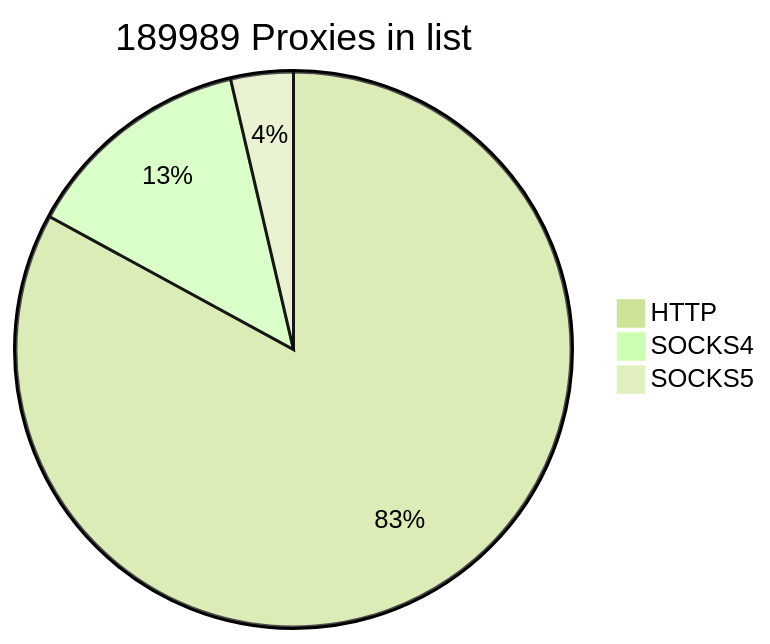
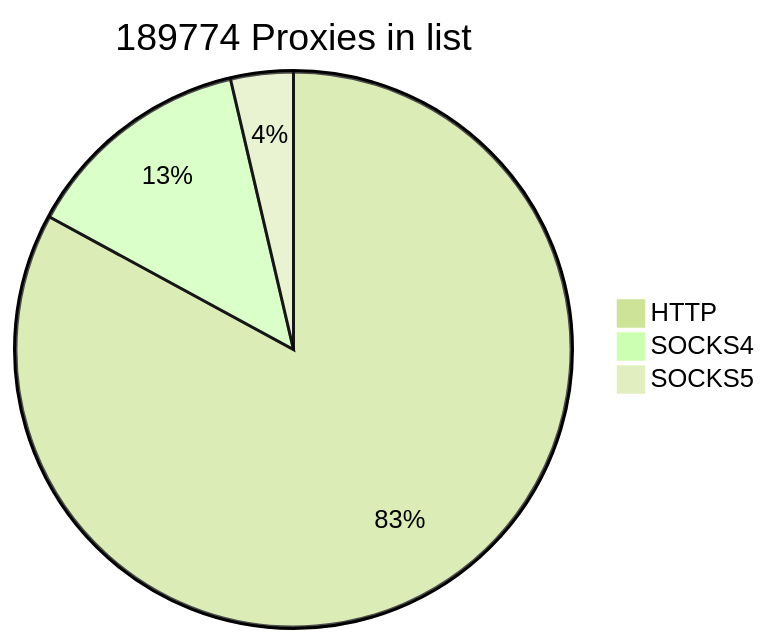
Before and after one commit to cutipu/proxylist: the first of 2 diagrams in README.md, drawn with Mermaid (forest theme). The commit also changed other lines of this file, not shown here.

````diff
--- a/README.md
+++ b/README.md
@@ -2,7 +2,7 @@
 ```mermaid
-pie title 189989 Proxies in list
-    "HTTP" : 157578
-    "SOCKS4" : 25498
-    "SOCKS5" : 6913
+pie title 189774 Proxies in list
+    "HTTP" : 157363
+    "SOCKS4" : 25496
+    "SOCKS5" : 6915
             
 ```
````
